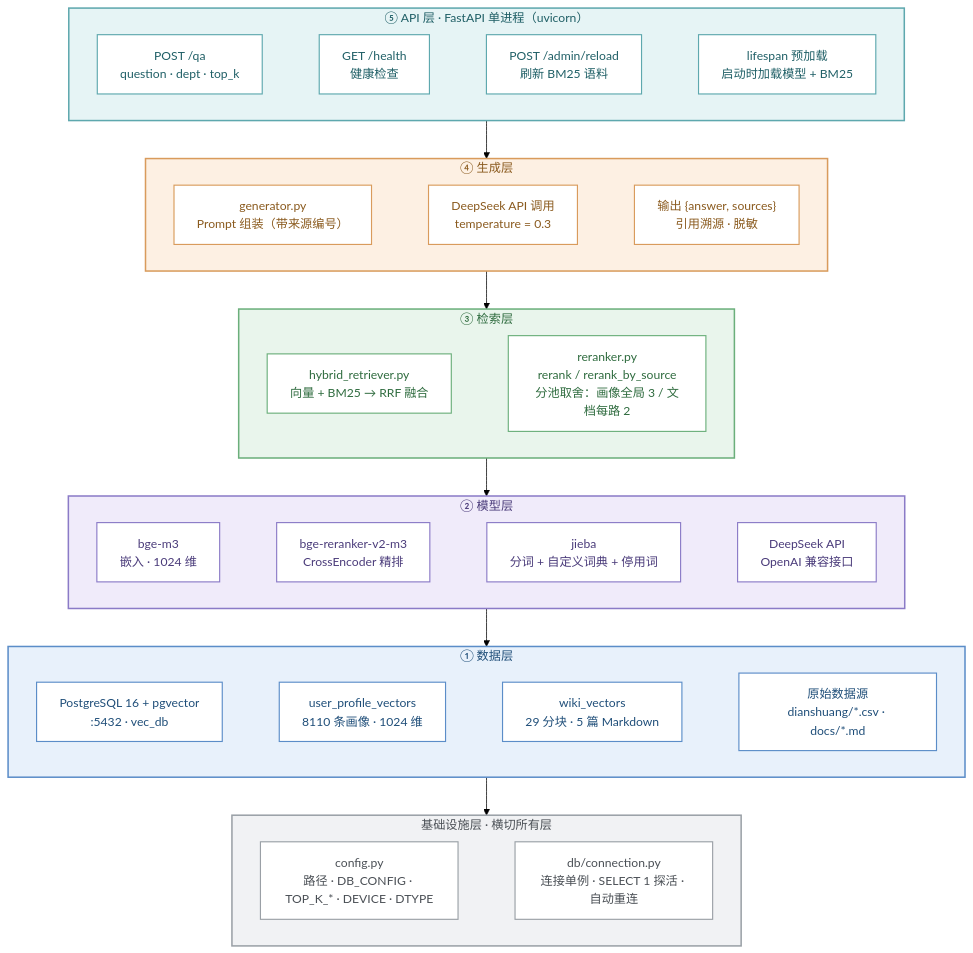
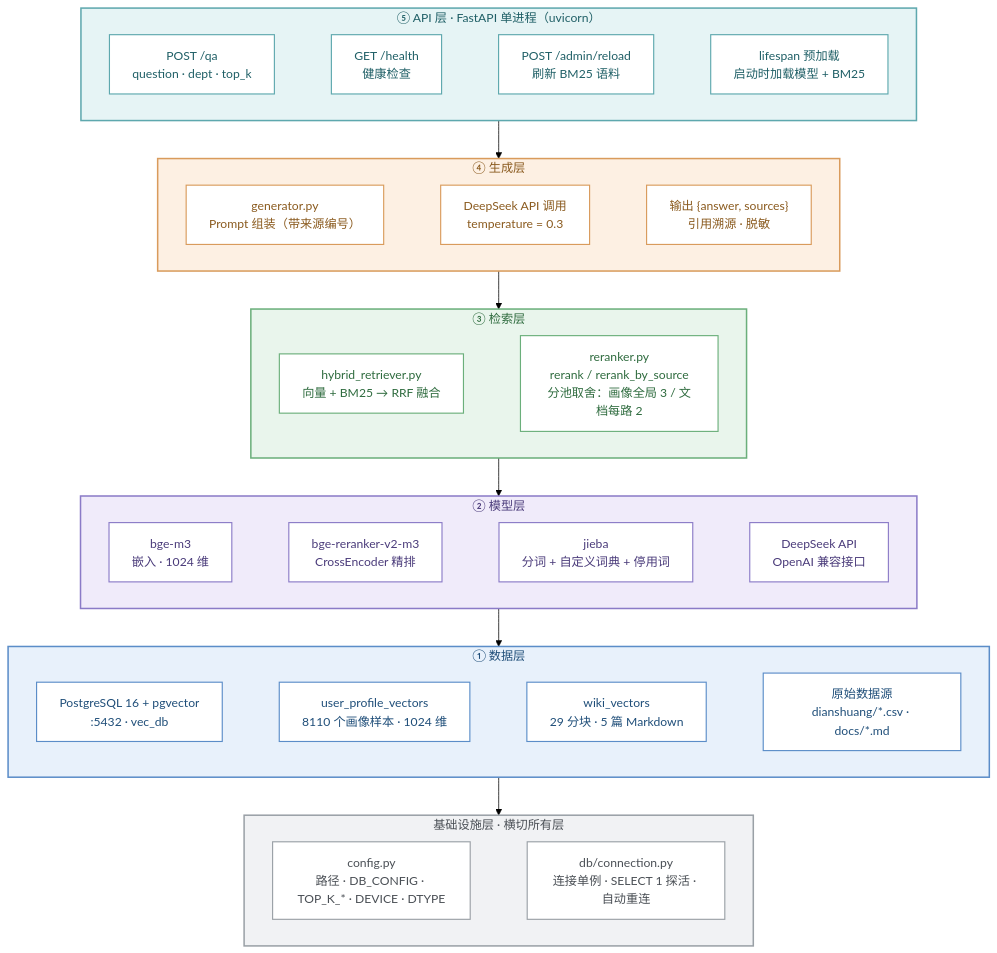
The first of 4 diagrams in docs/architecture-diagrams.md (Zorien-ai/qianke-engine), drawn with Mermaid (forest theme) before and after one commit. The commit also changed other lines of this file and 5 other files, not shown here.

````diff
--- a/docs/architecture-diagrams.md
+++ b/docs/architecture-diagrams.md
@@ -14,73 +15,73 @@
 ```mermaid
 flowchart TB
     subgraph L5["⑤ API 层 · FastAPI 单进程（uvicorn）"]
         A1["POST /qa<br/>question · dept · top_k"]
         A2["GET /health<br/>健康检查"]
         A3["POST /admin/reload<br/>刷新 BM25 语料"]
         A4["lifespan 预加载<br/>启动时加载模型 + BM25"]
     end
 
     subgraph L4["④ 生成层"]
         G1["generator.py<br/>Prompt 组装（带来源编号）"]
         G2["DeepSeek API 调用<br/>temperature = 0.3"]
         G3["输出 {answer, sources}<br/>引用溯源 · 脱敏"]
     end
 
     subgraph L3["③ 检索层"]
         R1["hybrid_retriever.py<br/>向量 + BM25 → RRF 融合"]
         R2["reranker.py<br/>rerank / rerank_by_source<br/>分池取舍：画像全局 3 / 文档每路 2"]
     end
 
     subgraph L2["② 模型层"]
         M1["bge-m3<br/>嵌入 · 1024 维"]
         M2["bge-reranker-v2-m3<br/>CrossEncoder 精排"]
         M3["jieba<br/>分词 + 自定义词典 + 停用词"]
         M4["DeepSeek API<br/>OpenAI 兼容接口"]
     end
 
     subgraph L1["① 数据层"]
         D1["PostgreSQL 16 + pgvector<br/>:5432 · vec_db"]
-        D2["user_profile_vectors<br/>8110 条画像 · 1024 维"]
+        D2["user_profile_vectors<br/>8110 个画像样本 · 1024 维"]
         D3["wiki_vectors<br/>29 分块 · 5 篇 Markdown"]
         D4["原始数据源<br/>dianshuang/*.csv · docs/*.md"]
     end
 
     subgraph L0["基础设施层 · 横切所有层"]
         I1["config.py<br/>路径 · DB_CONFIG · TOP_K_* · DEVICE · DTYPE"]
         I2["db/connection.py<br/>连接单例 · SELECT 1 探活 · 自动重连"]
     end
 
     A1 ~~~ A2 ~~~ A3 ~~~ A4
     G1 ~~~ G2 ~~~ G3
     R1 ~~~ R2
     M1 ~~~ M2 ~~~ M3 ~~~ M4
     D1 ~~~ D2 ~~~ D3 ~~~ D4
     I1 ~~~ I2
 
     L5 --> L4
     L4 --> L3
     L3 --> L2
     L2 --> L1
     L1 --> L0
 
     classDef cApi fill:#FFFFFF,stroke:#5EA8AE,stroke-width:1.5px,color:#1F5F66
     classDef cGen fill:#FFFFFF,stroke:#D99B5C,stroke-width:1.5px,color:#8A5A1E
     classDef cRet fill:#FFFFFF,stroke:#6BAF7B,stroke-width:1.5px,color:#2E6B3E
     classDef cMod fill:#FFFFFF,stroke:#8B7BC7,stroke-width:1.5px,color:#4A3B7A
     classDef cDat fill:#FFFFFF,stroke:#5B8DC8,stroke-width:1.5px,color:#1F4E79
     classDef cInf fill:#FFFFFF,stroke:#9AA0A6,stroke-width:1.5px,color:#4A4F55
 
     class A1,A2,A3,A4 cApi
     class G1,G2,G3 cGen
     class R1,R2 cRet
     class M1,M2,M3,M4 cMod
     class D1,D2,D3,D4 cDat
     class I1,I2 cInf
 
     style L5 fill:#E6F4F5,stroke:#5EA8AE,stroke-width:2px,color:#1F5F66
     style L4 fill:#FDF0E3,stroke:#D99B5C,stroke-width:2px,color:#8A5A1E
     style L3 fill:#E9F5EC,stroke:#6BAF7B,stroke-width:2px,color:#2E6B3E
     style L2 fill:#F0EBFA,stroke:#8B7BC7,stroke-width:2px,color:#4A3B7A
     style L1 fill:#E8F1FB,stroke:#5B8DC8,stroke-width:2px,color:#1F4E79
     style L0 fill:#F1F2F4,stroke:#9AA0A6,stroke-width:2px,color:#4A4F55
 ```
````
